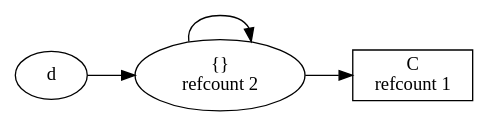
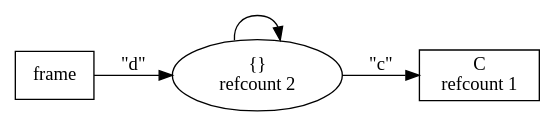
Before and after one commit to ajdavis/what-to-expect-when-youre-expiring: the diagram in dot/example_0_1_0.dot, drawn with Graphviz. The commit also changed 21 other files, not shown here.

```diff
--- a/dot/example_0_1_0.dot
+++ b/dot/example_0_1_0.dot
@@ -1,7 +1,9 @@
 digraph cycle {
     rankdir = LR
+	frame [shape = rect]
+	d [label = "{}\nrefcount 2"]
+	frame -> d [label = "\"d\""]
     "C\nrefcount 1" [shape = rect]
-	"{}\nrefcount 2" -> "C\nrefcount 1"
-	"{}\nrefcount 2" -> "{}\nrefcount 2"
-	d -> "{}\nrefcount 2"
+	d -> "C\nrefcount 1" [label = "\"c\""]
+	d -> d
 }
```
